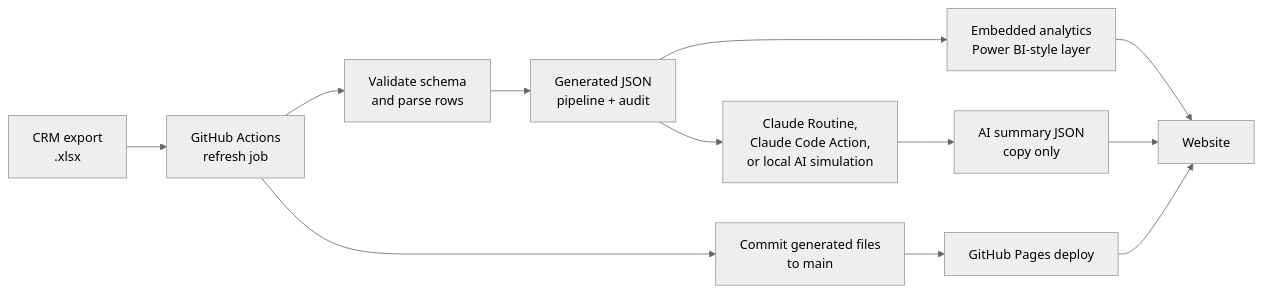
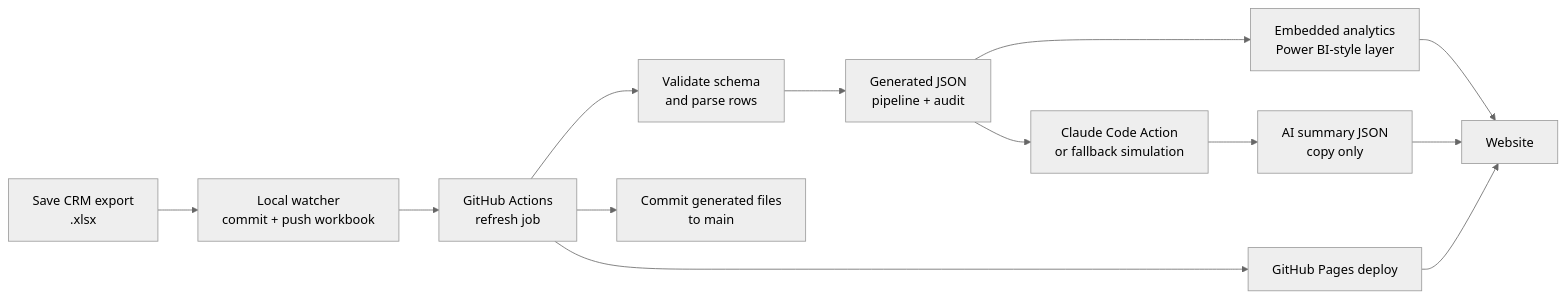
One commit to jacklandis29/crm-to-web-flow-test changed the diagram in docs/architecture.md. Above: the diagram before and after it, drawn with Mermaid (neutral theme). The commit also changed other lines of this file and 7 other files, not shown here.

Commit message:
Automate Excel save to Pages refresh

````diff
--- a/docs/architecture.md
+++ b/docs/architecture.md
@@ -3,14 +3,15 @@
 ```mermaid
 flowchart LR
-  CRM["CRM export\n.xlsx"] --> Action["GitHub Actions\nrefresh job"]
+  CRM["Save CRM export\n.xlsx"] --> Watcher["Local watcher\ncommit + push workbook"]
+  Watcher --> Action["GitHub Actions\nrefresh job"]
   Action --> Validate["Validate schema\nand parse rows"]
   Validate --> JSON["Generated JSON\npipeline + audit"]
-  JSON --> AI["Claude Routine,\nClaude Code Action,\nor local AI simulation"]
+  JSON --> AI["Claude Code Action\nor fallback simulation"]
   AI --> Copy["AI summary JSON\ncopy only"]
   JSON --> BI["Embedded analytics\nPower BI-style layer"]
   BI --> Site["Website"]
   Copy --> Site
   Action --> Main["Commit generated files\nto main"]
-  Main --> Pages["GitHub Pages deploy"]
+  Action --> Pages["GitHub Pages deploy"]
   Pages --> Site
 ```
````
